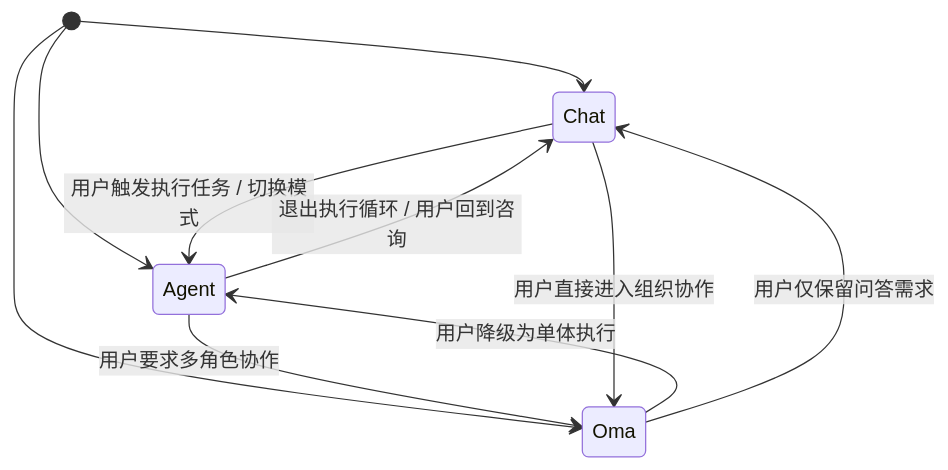
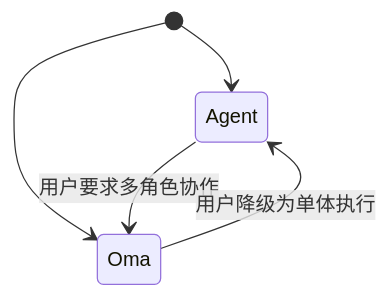
One commit to petehsu/Lyra changed the diagram in lyra-core-v1/01-Mode-Specification.md. Above: the diagram before and after it, drawn with Mermaid. The commit also changed other lines of this file and 508 other files, not shown here.

````diff
--- a/lyra-core-v1/01-Mode-Specification.md
+++ b/lyra-core-v1/01-Mode-Specification.md
@@ -38,13 +36,8 @@
 ```mermaid
 stateDiagram-v2
-    [*] --> Chat
     [*] --> Agent
     [*] --> Oma
 
-    Chat --> Agent: 用户触发执行任务 / 切换模式
-    Agent --> Chat: 退出执行循环 / 用户回到咨询
     Agent --> Oma: 用户要求多角色协作
     Oma --> Agent: 用户降级为单体执行
-    Oma --> Chat: 用户仅保留问答需求
-    Chat --> Oma: 用户直接进入组织协作
 ```
````
